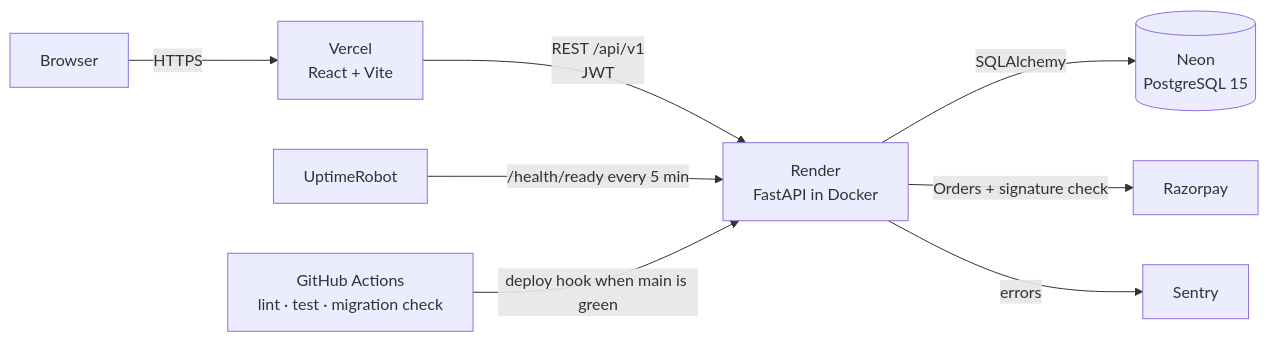
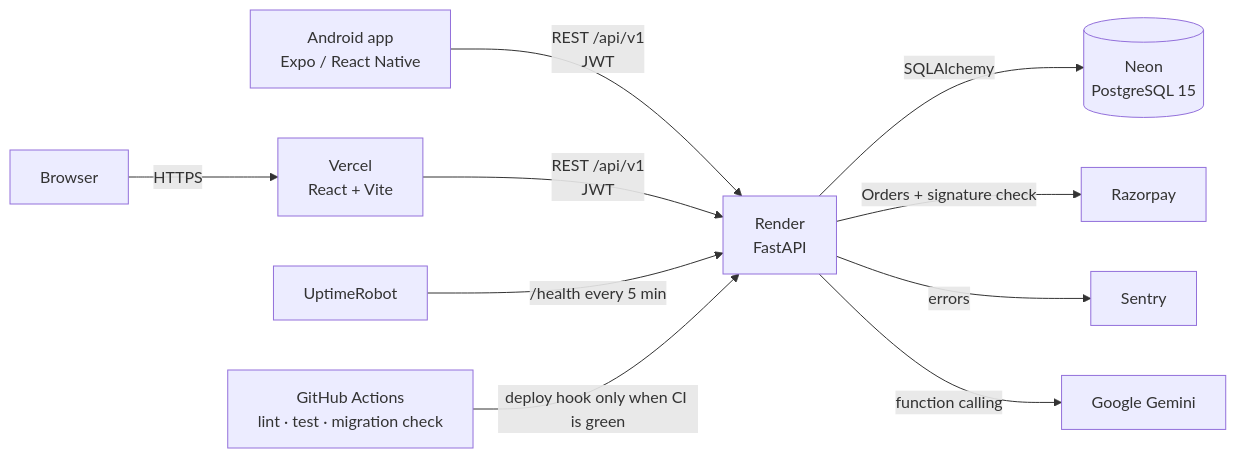
The third of 3 diagrams in README.md (amishasharma2220/CampusConnect2), drawn with Mermaid before and after one commit. The commit also changed other lines of this file and 12 other files, not shown here.

````diff
--- a/README.md
+++ b/README.md
@@ -101,10 +215,12 @@
 ```mermaid
 flowchart LR
     U[Browser] -->|HTTPS| V[Vercel<br/>React + Vite]
-    V -->|REST /api/v1<br/>JWT| R[Render<br/>FastAPI in Docker]
+    A[Android app<br/>Expo / React Native] -->|REST /api/v1<br/>JWT| R
+    V -->|REST /api/v1<br/>JWT| R[Render<br/>FastAPI]
     R -->|SQLAlchemy| N[(Neon<br/>PostgreSQL 15)]
     R -->|Orders + signature check| P[Razorpay]
     R -->|errors| S[Sentry]
-    M[UptimeRobot] -->|/health/ready every 5 min| R
-    G[GitHub Actions<br/>lint · test · migration check] -->|deploy hook when main is green| R
+    R -->|function calling| GM[Google Gemini]
+    M[UptimeRobot] -->|/health every 5 min| R
+    G[GitHub Actions<br/>lint · test · migration check] -->|deploy hook only when CI is green| R
 ```
````
